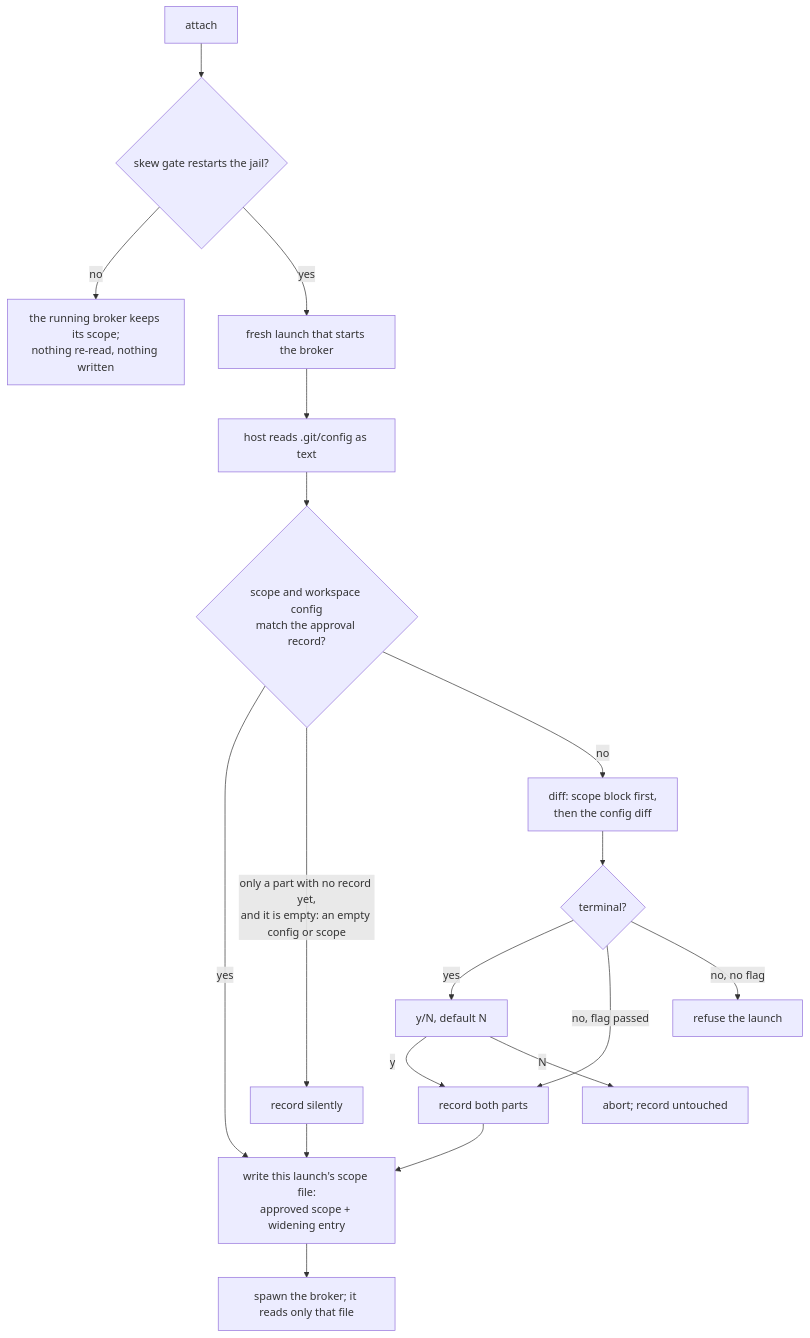
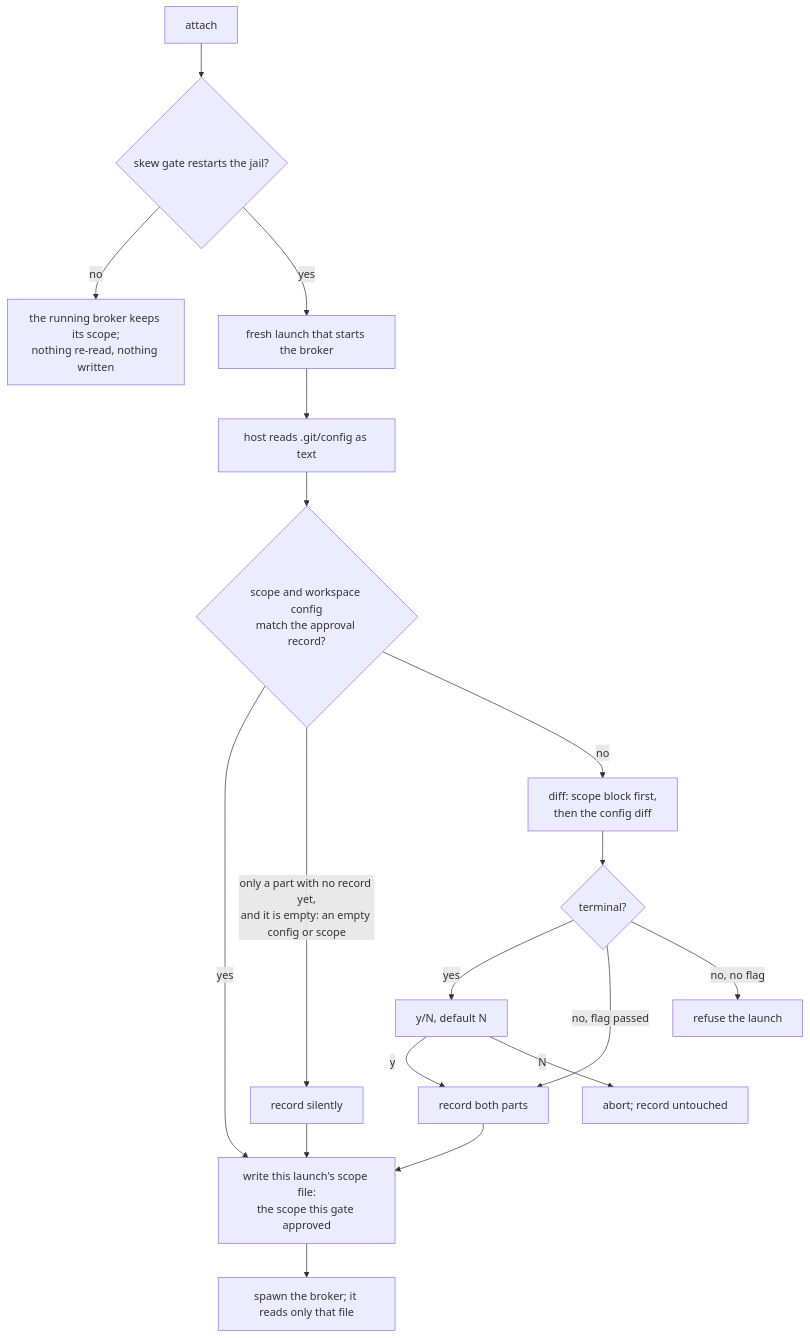
One commit to mschulkind-oss/yolo-jail changed the second of 2 diagrams in docs/design/boundary-broker.md. Above: the diagram before and after it, drawn with Mermaid. The commit also changed other lines of this file and 62 other files, not shown here.

````diff
--- a/docs/design/boundary-broker.md
+++ b/docs/design/boundary-broker.md
@@ -854,20 +861,20 @@
 ```mermaid
 flowchart TD
   L["fresh launch that starts the broker"] --> R["host reads .git/config as text"]
   R --> C{"scope and workspace config<br/>match the approval record?"}
-  C -->|yes| W["write this launch's scope file:<br/>approved scope + widening entry"]
+  C -->|yes| W["write this launch's scope file:<br/>the scope this gate approved"]
   C -->|"only a part with no record yet,<br/>and it is empty: an empty config or scope"| S["record silently"]
   S --> W
   C -->|no| D["diff: scope block first,<br/>then the config diff"]
   D --> T{"terminal?"}
   T -->|yes| Q["y/N, default N"]
   T -->|"no, flag passed"| A["record both parts"]
   T -->|"no, no flag"| X["refuse the launch"]
   Q -->|y| A
   Q -->|N| Y["abort; record untouched"]
   A --> W
   W --> B["spawn the broker; it reads only that file"]
   AT["attach"] --> SK{"skew gate restarts the jail?"}
   SK -->|no| K["the running broker keeps its scope;<br/>nothing re-read, nothing written"]
   SK -->|yes| L
 ```
````
